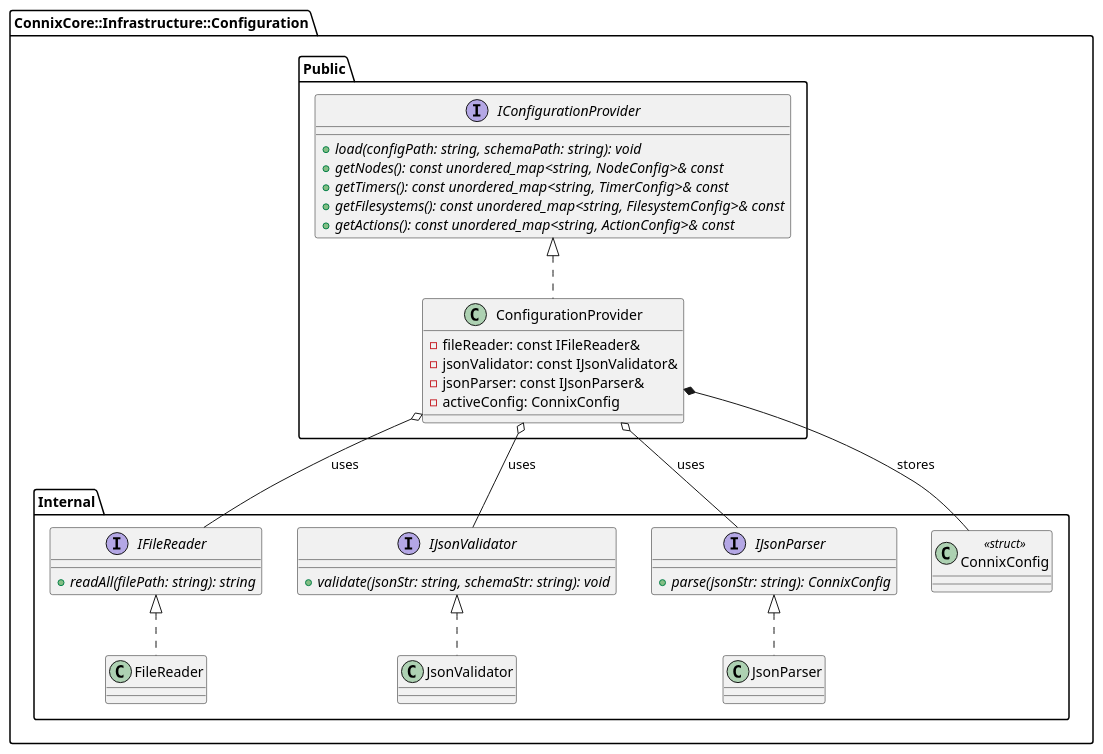
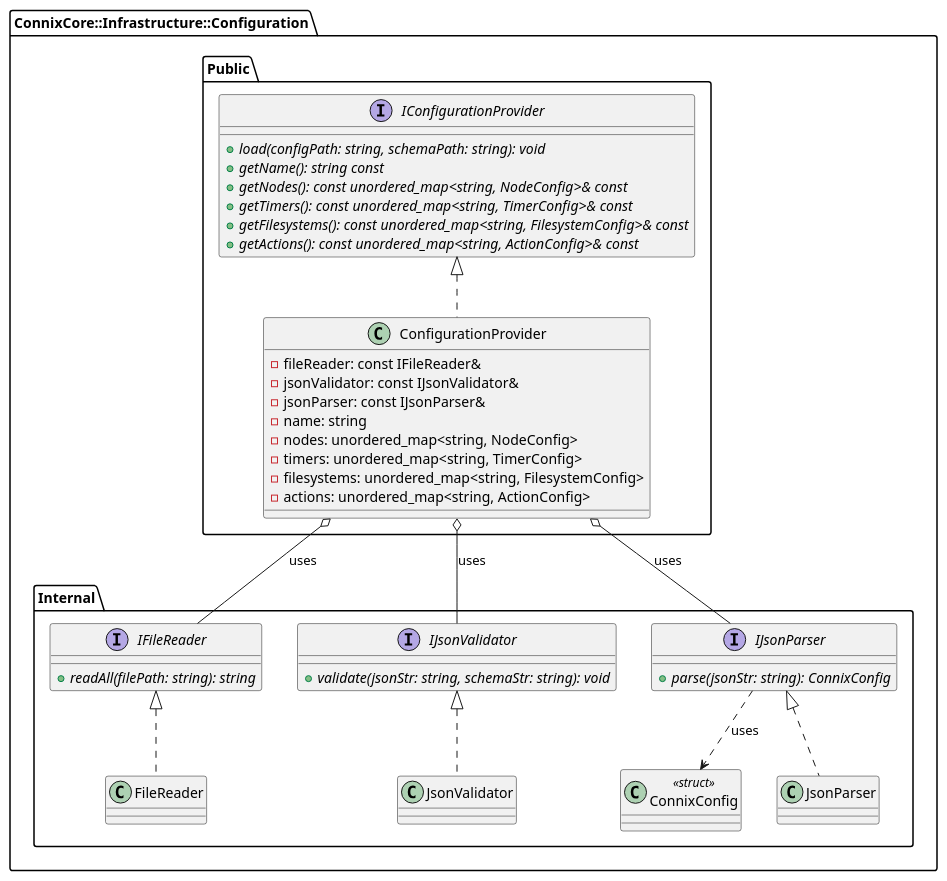
The diagram in connix/connix-core/infrastructure/configuration/dd/interface_view.puml (nghdang/connix), drawn with PlantUML before and after one commit. The commit also changed 37 other files, not shown here.

```diff
--- a/connix/connix-core/infrastructure/configuration/dd/interface_view.puml
+++ b/connix/connix-core/infrastructure/configuration/dd/interface_view.puml
@@ -1,62 +1,66 @@
 @startuml Configuration Component - Interface View
 
 namespace ConnixCore::Infrastructure::Configuration {
 
 package "Public" {
 
     interface IConfigurationProvider {
         + {abstract} load(configPath: string, schemaPath: string): void
+        + {abstract} getName(): string const
         + {abstract} getNodes(): const unordered_map<string, NodeConfig>& const
         + {abstract} getTimers(): const unordered_map<string, TimerConfig>& const
         + {abstract} getFilesystems(): const unordered_map<string, FilesystemConfig>& const
         + {abstract} getActions(): const unordered_map<string, ActionConfig>& const
     }
 
     class ConfigurationProvider {
         - fileReader: const IFileReader&
         - jsonValidator: const IJsonValidator&
         - jsonParser: const IJsonParser&
-        - activeConfig: ConnixConfig
+        - name: string
+        - nodes: unordered_map<string, NodeConfig>
+        - timers: unordered_map<string, TimerConfig>
+        - filesystems: unordered_map<string, FilesystemConfig>
+        - actions: unordered_map<string, ActionConfig>
     }
+
+    IConfigurationProvider <|.. ConfigurationProvider
 
 }
 
 package "Internal" {
 
     interface IFileReader {
         + {abstract} readAll(filePath: string): string
     }
 
     interface IJsonValidator {
         + {abstract} validate(jsonStr: string, schemaStr: string): void
     }
 
     interface IJsonParser {
         + {abstract} parse(jsonStr: string): ConnixConfig
     }
 
     class ConnixConfig <<struct>>
 
     class FileReader
 
     class JsonValidator
 
     class JsonParser
 
-}
-
-    ' Interface Inheritances
-    IConfigurationProvider <|.. ConfigurationProvider
     IFileReader <|.. FileReader
     IJsonValidator <|.. JsonValidator
     IJsonParser <|.. JsonParser
+    IJsonParser ..> ConnixConfig : uses
 
-    ' Associations / Relationships
-    ConfigurationProvider o-- IFileReader : uses
-    ConfigurationProvider o-- IJsonValidator : uses
-    ConfigurationProvider o-- IJsonParser : uses
-    ConfigurationProvider *-- ConnixConfig : stores
+}
+
+ConfigurationProvider o-- IFileReader : uses
+ConfigurationProvider o-- IJsonValidator : uses
+ConfigurationProvider o-- IJsonParser : uses
 
 }
 
 @enduml
```
